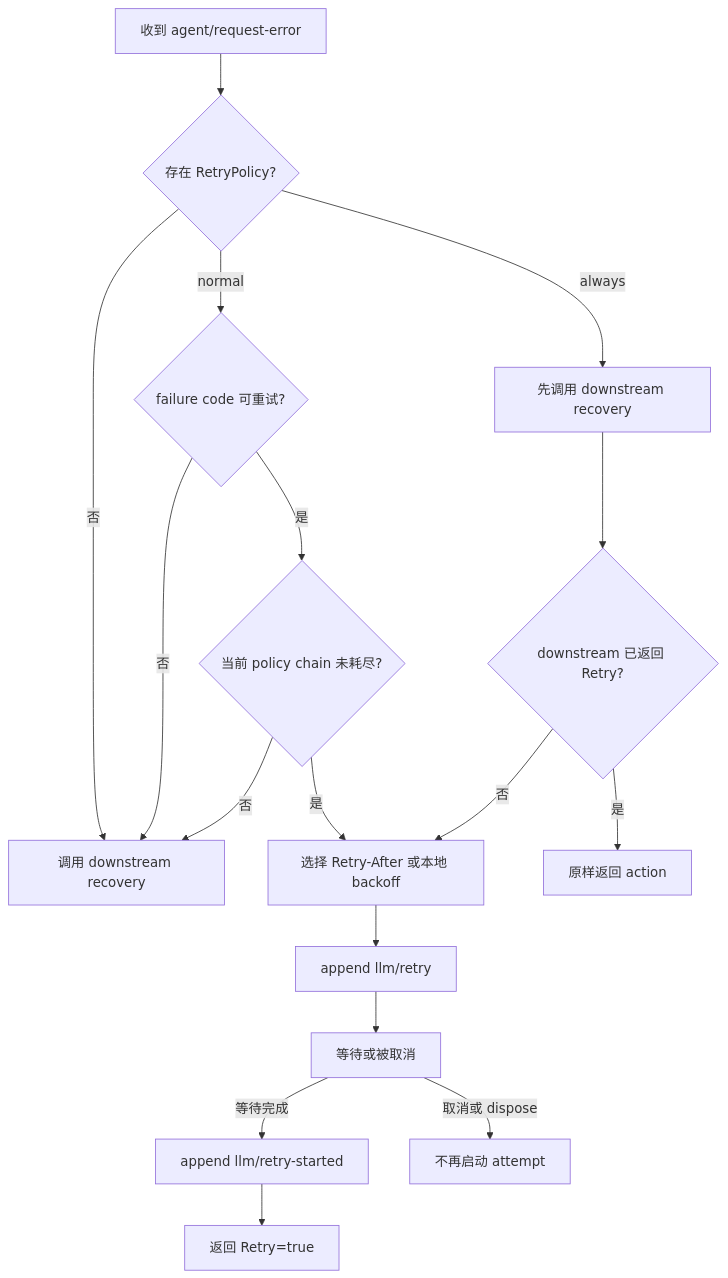
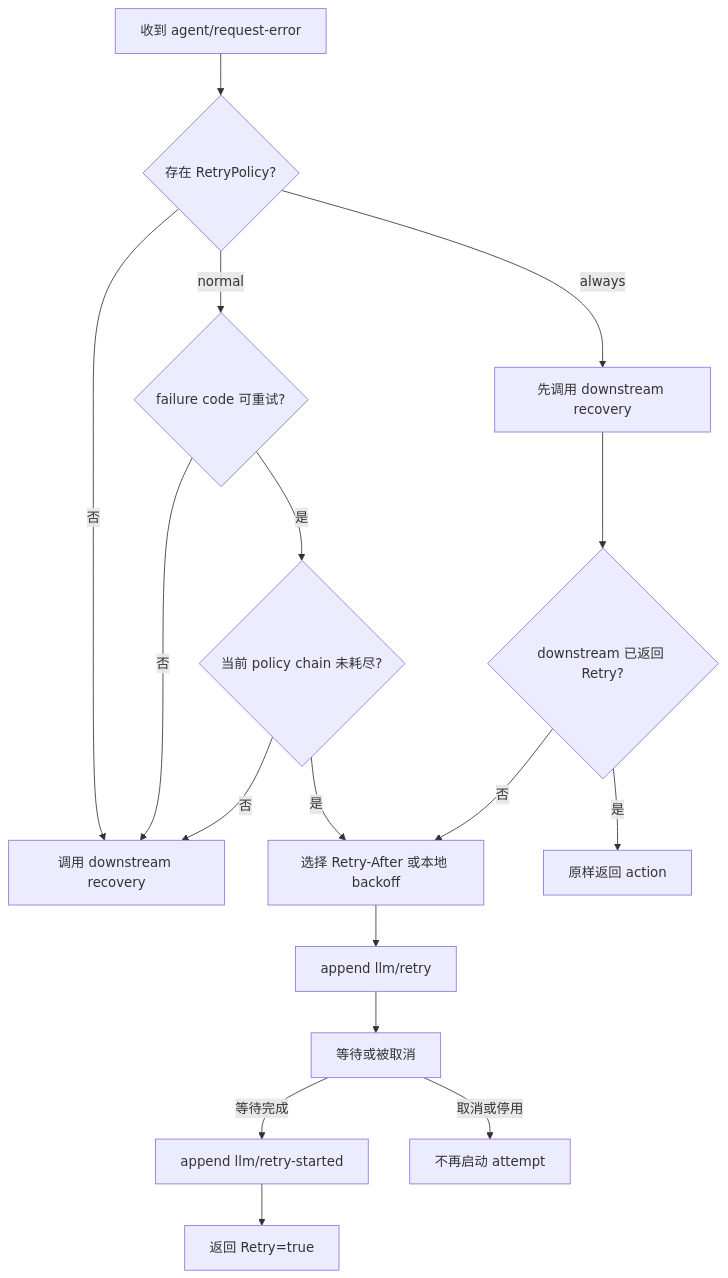
The second of 3 diagrams in llm/retry/README.zh-CN.md (gorenx/goren), drawn with Mermaid before and after one commit. The commit also changed other lines of this file and 7 other files, not shown here.

````diff
--- a/llm/retry/README.zh-CN.md
+++ b/llm/retry/README.zh-CN.md
@@ -80,19 +41,19 @@
 ```mermaid
 flowchart TD
     Start[收到 agent/request-error] --> Policy{存在 RetryPolicy?}
     Policy -- 否 --> Downstream[调用 downstream recovery]
     Policy -- normal --> Code{failure code 可重试?}
     Code -- 否 --> Downstream
     Code -- 是 --> Budget{当前 policy chain 未耗尽?}
     Budget -- 否 --> Downstream
     Budget -- 是 --> Delay[选择 Retry-After 或本地 backoff]
     Policy -- always --> First[先调用 downstream recovery]
     First --> Claimed{downstream 已返回 Retry?}
     Claimed -- 是 --> ReturnAction[原样返回 action]
     Claimed -- 否 --> Delay
     Delay --> Schedule[append llm/retry]
     Schedule --> Wait[等待或被取消]
     Wait -->|等待完成| Started[append llm/retry-started]
     Started --> RetryAction[返回 Retry=true]
-    Wait -->|取消或 dispose| Stop[不再启动 attempt]
+    Wait -->|取消或停用| Stop[不再启动 attempt]
 ```
````
